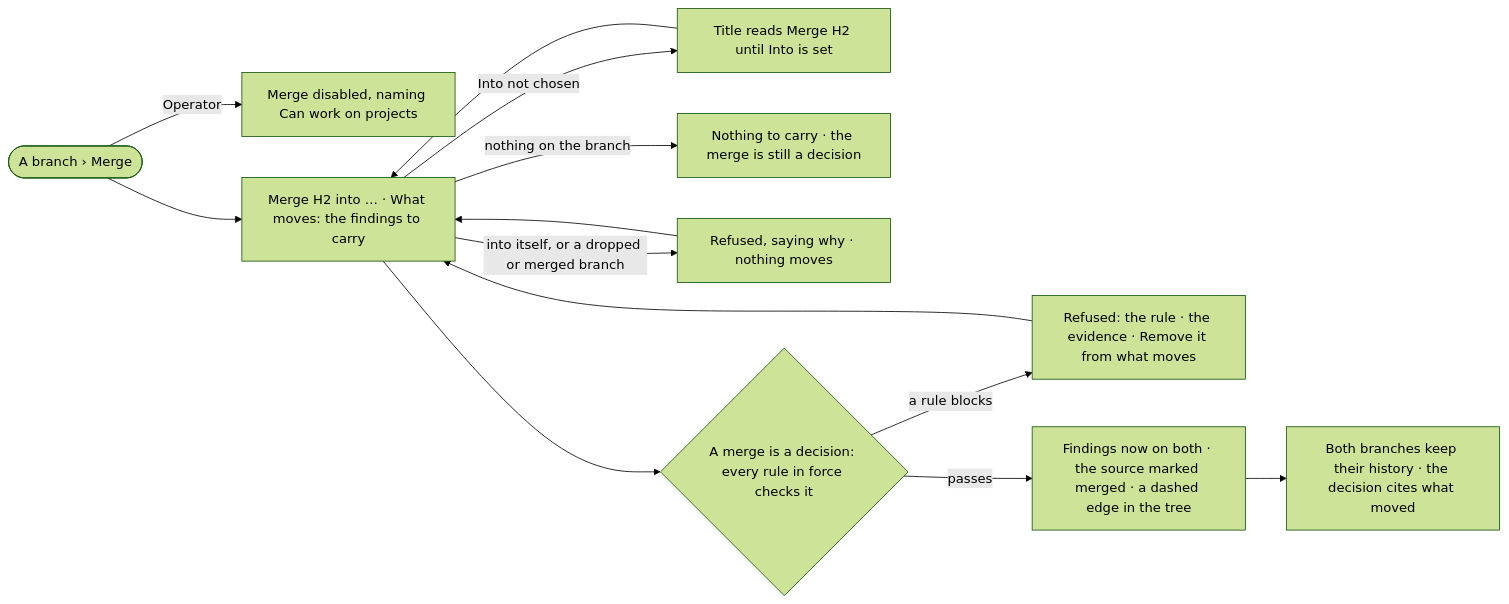
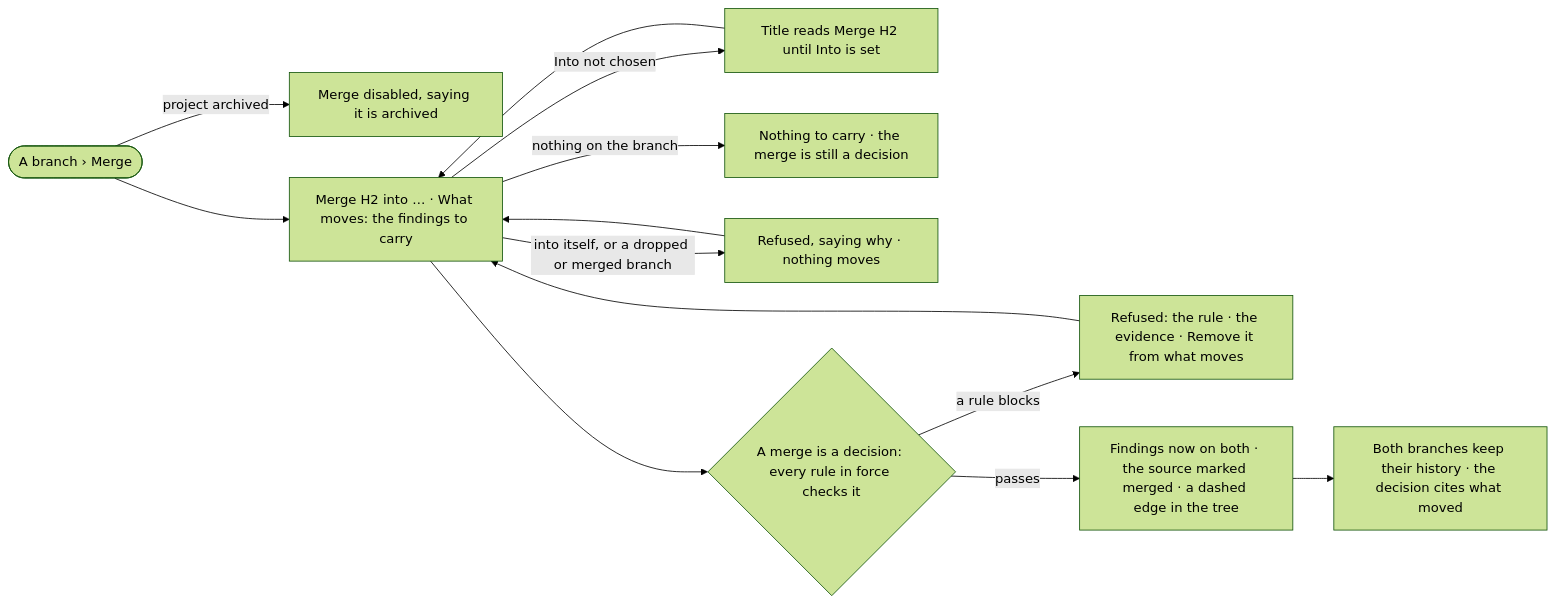
Before and after one commit to invana/invana: the diagram in specs/capabilities/projects/features/PJ-F03-branches-findings-and-decisions/stories/PJ-08-merge-what-one-branch-learned-into-another/story.md, drawn with Mermaid (forest theme). The commit also changed other lines of this file and 522 other files, not shown here.

````diff
--- a/specs/capabilities/projects/features/PJ-F03-branches-findings-and-decisions/stories/PJ-08-merge-what-one-branch-learned-into-another/story.md
+++ b/specs/capabilities/projects/features/PJ-F03-branches-findings-and-decisions/stories/PJ-08-merge-what-one-branch-learned-into-another/story.md
@@ -26,12 +29,12 @@
 ```mermaid
 flowchart LR
-  b([A branch › Merge]) -->|Operator| na["Merge disabled, naming Can work on projects"]
+  b([A branch › Merge]) -->|project archived| na["Merge disabled, saying it is archived"]
   b --> dlg["Merge H2 into … · What moves: the findings to carry"]
   dlg -->|Into not chosen| t["Title reads Merge H2 until Into is set"] --> dlg
   dlg -->|nothing on the branch| none["Nothing to carry · the merge is still a decision"]
   dlg -->|into itself, or a dropped or merged branch| ref["Refused, saying why · nothing moves"] --> dlg
   dlg --> chk{"A merge is a decision: every rule in force checks it"}
   chk -->|a rule blocks| rb["Refused: the rule · the evidence · Remove it from what moves"] --> dlg
   chk -->|passes| ok["Findings now on both · the source marked merged · a dashed edge in the tree"]
   ok --> hist["Both branches keep their history · the decision cites what moved"]
 ```
````
